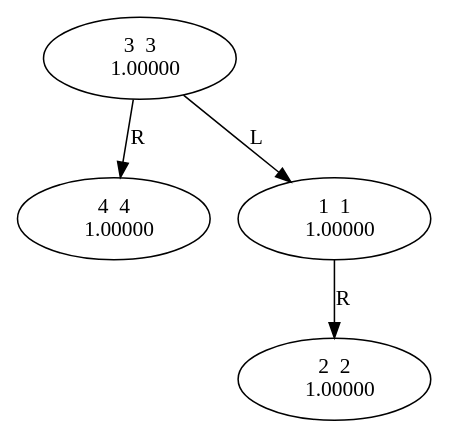
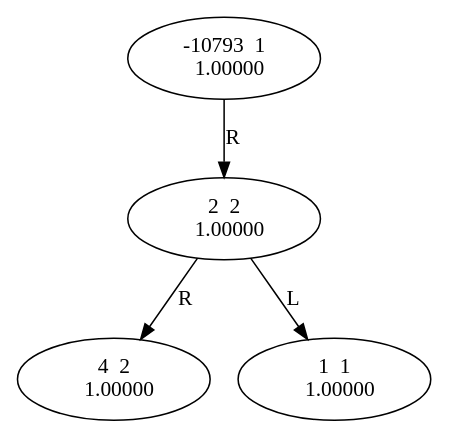
Before and after one commit to toraoeru/cmc_projects: the diagram in sparse_matrix/killme.dot, drawn with Graphviz. The commit also changed 15 other files, not shown here.

```diff
--- a/sparse_matrix/killme.dot
+++ b/sparse_matrix/killme.dot
@@ -1,13 +1,13 @@
 digraph
 {
-	1 [label="3  3\n   1.00000"];
-	2 [label="4  4\n   1.00000"];
-	3 [label="1  1\n   1.00000"];
-	4 [label="2  2\n   1.00000"];
+	1 [label="-10793  1\n   1.00000"];
+	2 [label="2  2\n   1.00000"];
+	3 [label="4  2\n   1.00000"];
+	4 [label="1  1\n   1.00000"];
 
 	//edges
 
-	3  ->  4  [label="R"];
-	1  ->  3  [label="L"];	1  ->  2  [label="R"];
+	1  ->  2  [label="R"];
+	2  ->  4  [label="L"];	2  ->  3  [label="R"];
 
 }
```
